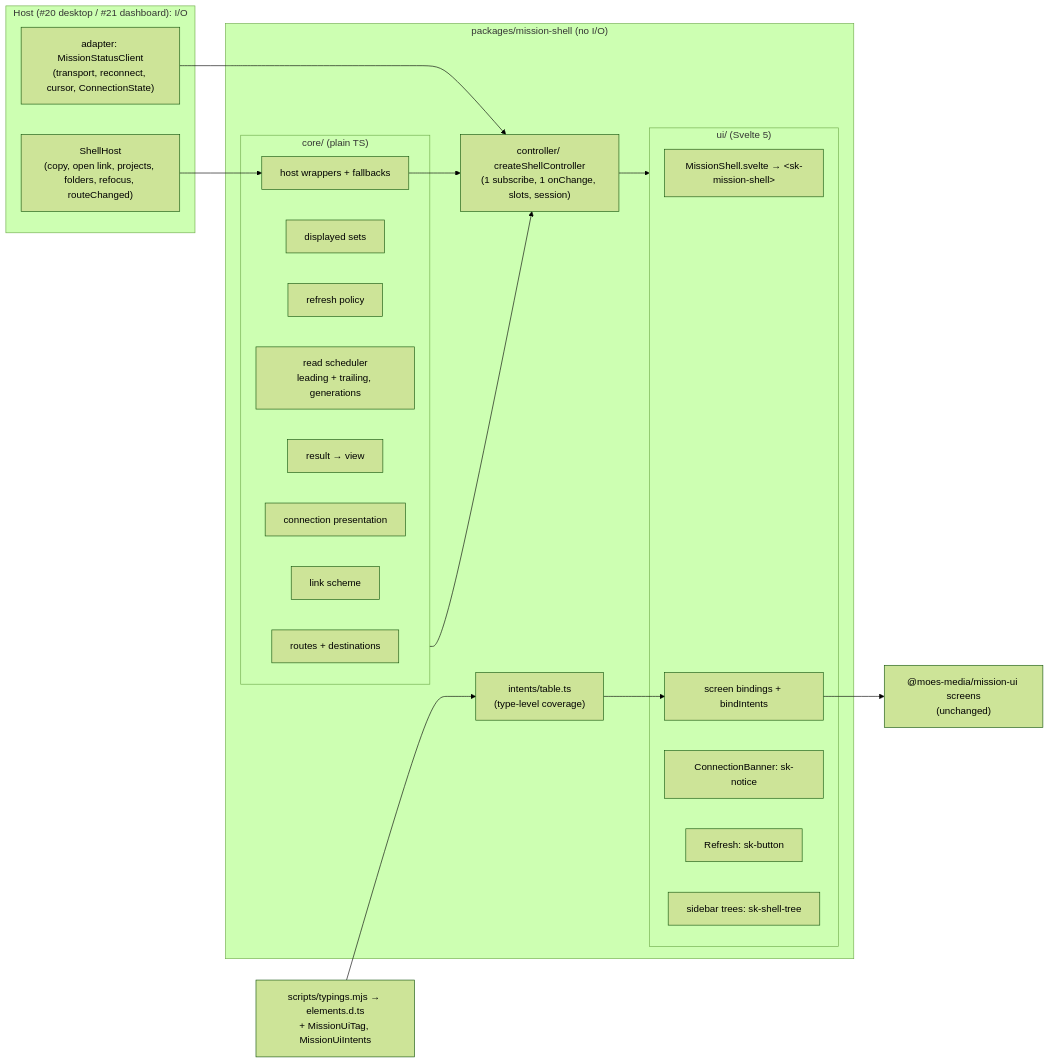
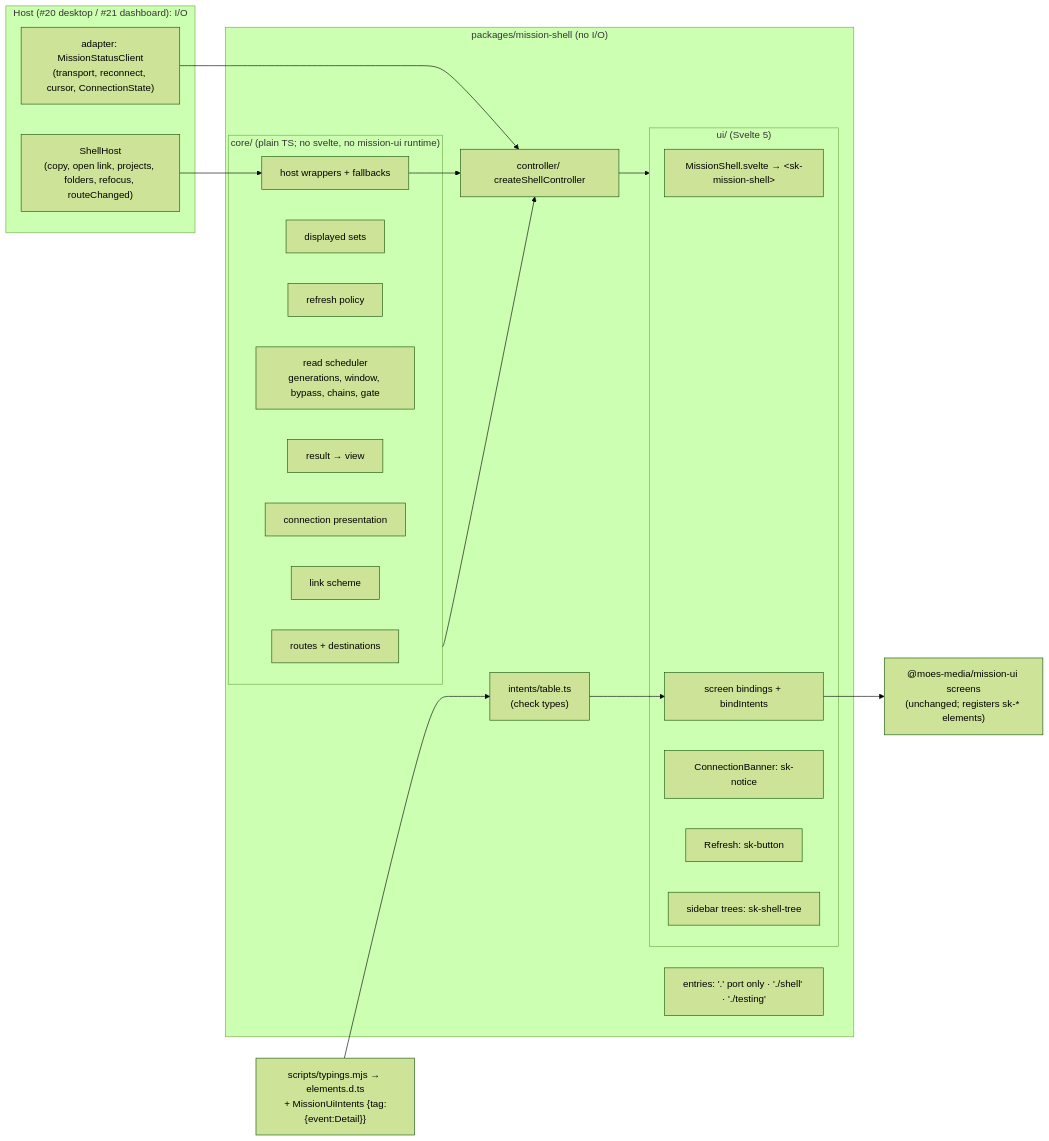
The first of 2 diagrams in kitty-specs/mission-shell-01M50D2J/plan.md (MOES-Media/kitty-mission-ui), drawn with Mermaid (forest theme) before and after one commit. The commit also changed other lines of this file and 9 other files, not shown here.

First line of the commit message:
plan(mission-shell): fold the plan-squad findings and record the squad (#18)

````diff
--- a/kitty-specs/mission-shell-01M50D2J/plan.md
+++ b/kitty-specs/mission-shell-01M50D2J/plan.md
@@ -116,36 +125,37 @@
 ```mermaid
 flowchart LR
   subgraph host["Host (#20 desktop / #21 dashboard): I/O"]
     AD["adapter: MissionStatusClient<br/>(transport, reconnect, cursor, ConnectionState)"]
     HI["ShellHost<br/>(copy, open link, projects, folders, refocus, routeChanged)"]
   end
   subgraph shell["packages/mission-shell (no I/O)"]
-    subgraph core["core/ (plain TS)"]
+    subgraph core["core/ (plain TS; no svelte, no mission-ui runtime)"]
       RT[routes + destinations]
       DS[displayed sets]
       RP[refresh policy]
-      SCH[read scheduler<br/>leading + trailing, generations]
+      SCH[read scheduler<br/>generations, window, bypass, chains, gate]
       RV[result → view]
       CP[connection presentation]
       LK[link scheme]
       HW[host wrappers + fallbacks]
     end
-    CTL["controller/ createShellController<br/>(1 subscribe, 1 onChange, slots, session)"]
+    CTL["controller/ createShellController"]
     subgraph ui["ui/ (Svelte 5)"]
       MS["MissionShell.svelte → &lt;sk-mission-shell&gt;"]
       SB[screen bindings + bindIntents]
       BN[ConnectionBanner: sk-notice]
       RB[Refresh: sk-button]
       TR[sidebar trees: sk-shell-tree]
     end
-    IT["intents/table.ts<br/>(type-level coverage)"]
+    IT["intents/table.ts<br/>(check types)"]
+    EN["entries: '.' port only · './shell' · './testing'"]
   end
-  MUI["@moes-media/mission-ui screens<br/>(unchanged)"]
-  GEN["scripts/typings.mjs → elements.d.ts<br/>+ MissionUiTag, MissionUiIntents"]
+  MUI["@moes-media/mission-ui screens<br/>(unchanged; registers sk-* elements)"]
+  GEN["scripts/typings.mjs → elements.d.ts<br/>+ MissionUiIntents {tag:{event:Detail}}"]
   AD --> CTL
   HI --> HW --> CTL
   core --> CTL --> ui
   IT --> SB
   GEN --> IT
   SB --> MUI
 ```
````
